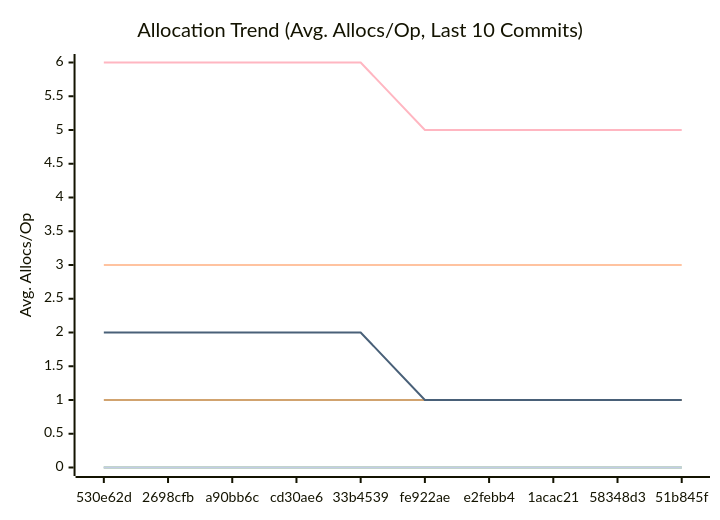
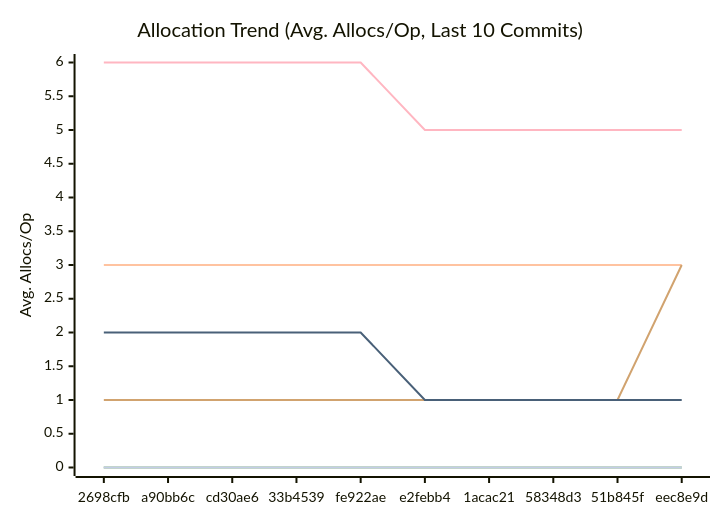
The third of 3 diagrams in docs/PERFORMANCE.md (alsotoes/momo), drawn with Mermaid before and after one commit. The commit also changed other lines of this file and 15 other files, not shown here.

````diff
--- a/docs/PERFORMANCE.md
+++ b/docs/PERFORMANCE.md
@@ -114,16 +116,16 @@
 ```mermaid
 xychart-beta
     title "Allocation Trend (Avg. Allocs/Op, Last 10 Commits)"
     x-axis "Commit"
     y-axis "Avg. Allocs/Op"
-    x-axis [530e62d,2698cfb,a90bb6c,cd30ae6,33b4539,fe922ae,e2febb4,1acac21,58348d3,51b845f]
+    x-axis [2698cfb,a90bb6c,cd30ae6,33b4539,fe922ae,e2febb4,1acac21,58348d3,51b845f,eec8e9d]
     line "CheckMetricsAndSwap" [0,0,0,0,0,0,0,0,0,0]
     line "CrushOptimized" [0,0,0,0,0,0,0,0,0,0]
     line "CrushOriginal" [3,3,3,3,3,3,3,3,3,3]
     line "IndexDirectTracking" [0,0,0,0,0,0,0,0,0,0]
     line "IndexSearch" [0,0,0,0,0,0,0,0,0,0]
-    line "LoadGlobalConfig" [1,1,1,1,1,1,1,1,1,1]
+    line "LoadGlobalConfig" [1,1,1,1,1,1,1,1,1,3]
     line "PadString" [0,0,0,0,0,0,0,0,0,0]
     line "ParseReplicationOrder_NoPrealloc" [6,6,6,6,6,5,5,5,5,5]
     line "ParseReplicationOrder_Prealloc" [2,2,2,2,2,1,1,1,1,1]
 ```
````
